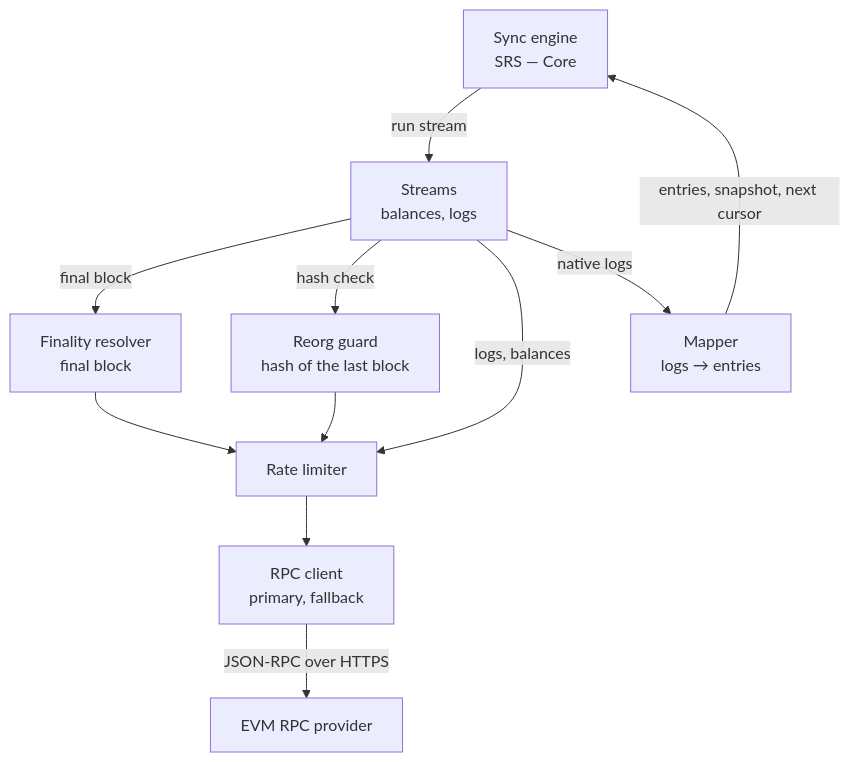
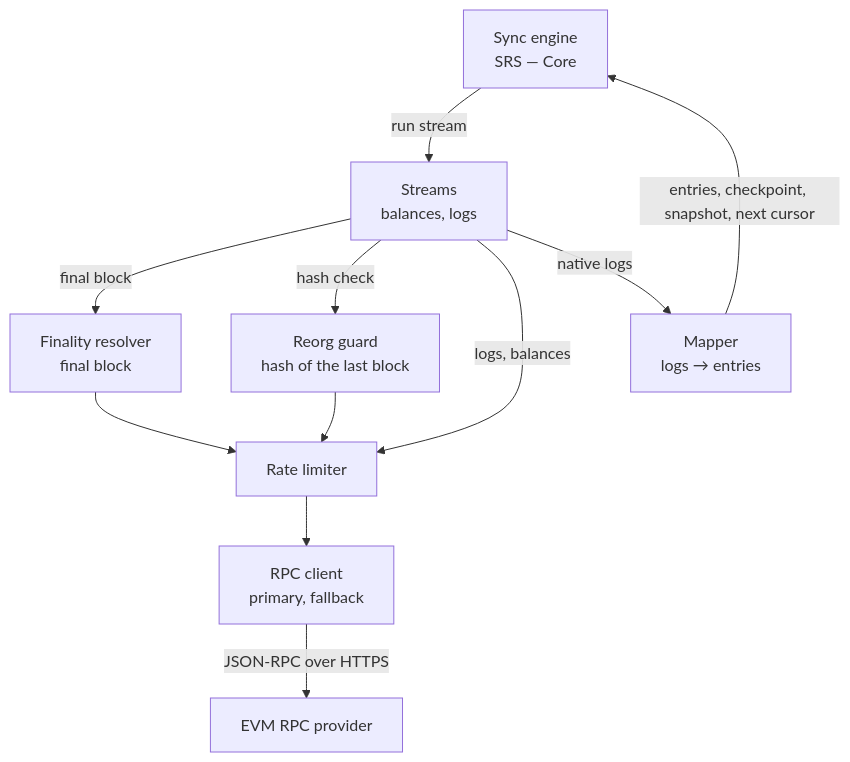
The first of 2 diagrams in docs/srs/evm-connector.md (DigitLock/crypto-account-service), drawn with Mermaid before and after one commit. The commit also changed other lines of this file and 7 other files, not shown here.

````diff
--- a/docs/srs/evm-connector.md
+++ b/docs/srs/evm-connector.md
@@ -42,22 +44,22 @@
 ```mermaid
 flowchart TB
     engine[Sync engine<br/>SRS — Core]
     streams[Streams<br/>balances, logs]
     final[Finality resolver<br/>final block]
     guard[Reorg guard<br/>hash of the last block]
     mapper[Mapper<br/>logs → entries]
     limiter[Rate limiter]
     rpc[RPC client<br/>primary, fallback]
     node[EVM RPC provider]
 
     engine -- "run stream" --> streams
     streams -- "final block" --> final
     streams -- "hash check" --> guard
     streams -- "logs, balances" --> limiter
     final --> limiter
     guard --> limiter
     limiter --> rpc
     rpc -- "JSON-RPC over HTTPS" --> node
     streams -- "native logs" --> mapper
-    mapper -- "entries, snapshot, next cursor" --> engine
+    mapper -- "entries, checkpoint, snapshot, next cursor" --> engine
 ```
````
